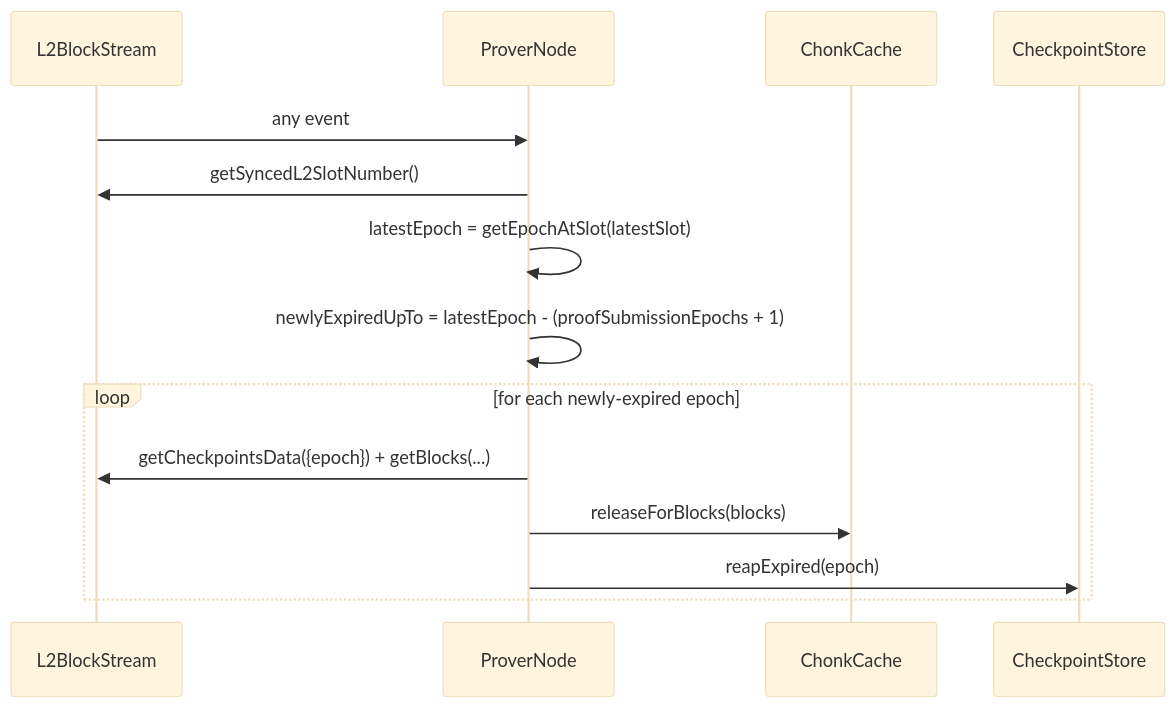
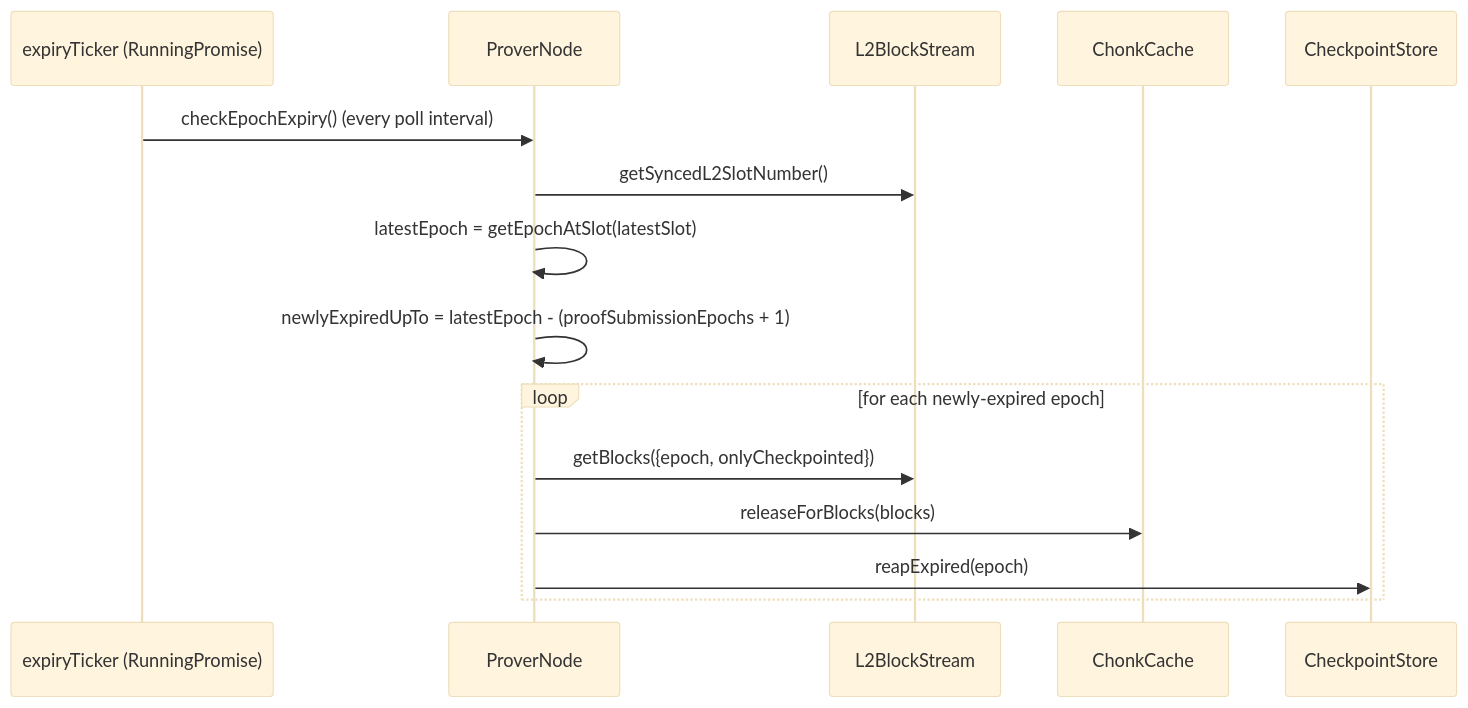
Before and after one commit to aztec-labs-eng/aztec-node: the seventh of 7 diagrams in yarn-project/prover-node/README.md, drawn with Mermaid (base theme). The commit also changed other lines of this file and 11 other files, not shown here.

````diff
--- a/yarn-project/prover-node/README.md
+++ b/yarn-project/prover-node/README.md
@@ -328,17 +347,18 @@
 ```mermaid
 sequenceDiagram
+  participant T as expiryTicker (RunningPromise)
+  participant PN as ProverNode
   participant L2 as L2BlockStream
-  participant PN as ProverNode
   participant CC as ChonkCache
   participant CS as CheckpointStore
 
-  L2->>PN: any event
+  T->>PN: checkEpochExpiry() (every poll interval)
   PN->>L2: getSyncedL2SlotNumber()
   PN->>PN: latestEpoch = getEpochAtSlot(latestSlot)
   PN->>PN: newlyExpiredUpTo = latestEpoch - (proofSubmissionEpochs + 1)
   loop for each newly-expired epoch
-    PN->>L2: getCheckpointsData({epoch}) + getBlocks(...)
+    PN->>L2: getBlocks({epoch, onlyCheckpointed})
     PN->>CC: releaseForBlocks(blocks)
     PN->>CS: reapExpired(epoch)
   end
 ```
````
